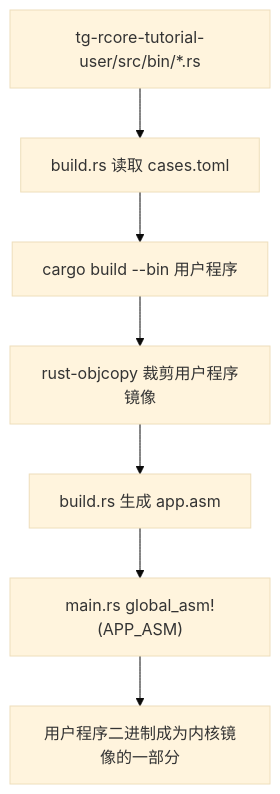
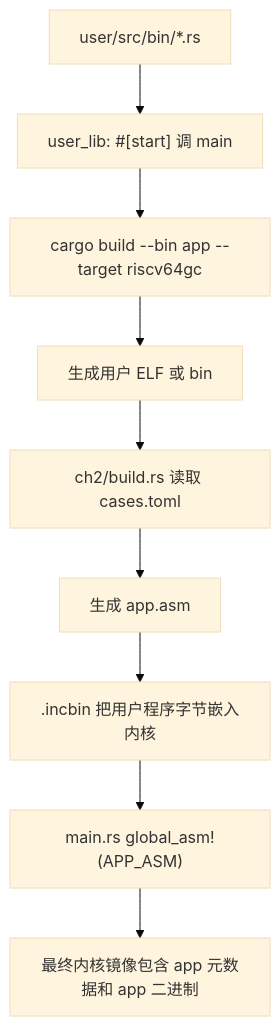
Before and after one commit to flyyansii/Tg-rCore-Tutorial-2026S: the first of 5 diagrams in doc/ch2/rCore-ch2-代码链与模块对应底稿.md, drawn with Mermaid (base theme). The commit also changed other lines of this file and 7 other files, not shown here.

````diff
--- a/doc/ch2/rCore-ch2-代码链与模块对应底稿.md
+++ b/doc/ch2/rCore-ch2-代码链与模块对应底稿.md
@@ -55,9 +95,11 @@
 ```mermaid
 flowchart TD
-    A["tg-rcore-tutorial-user/src/bin/*.rs"] --> B["build.rs 读取 cases.toml"]
-    B --> C["cargo build --bin 用户程序"]
-    C --> D["rust-objcopy 裁剪用户程序镜像"]
-    D --> E["build.rs 生成 app.asm"]
-    E --> F["main.rs global_asm!(APP_ASM)"]
-    F --> G["用户程序二进制成为内核镜像的一部分"]
+    A["user/src/bin/*.rs"] --> B["user_lib: #[start] 调 main"]
+    B --> C["cargo build --bin app --target riscv64gc"]
+    C --> D["生成用户 ELF 或 bin"]
+    D --> E["ch2/build.rs 读取 cases.toml"]
+    E --> F["生成 app.asm"]
+    F --> G[".incbin 把用户程序字节嵌入内核"]
+    G --> H["main.rs global_asm!(APP_ASM)"]
+    H --> I["最终内核镜像包含 app 元数据和 app 二进制"]
 ```
````
